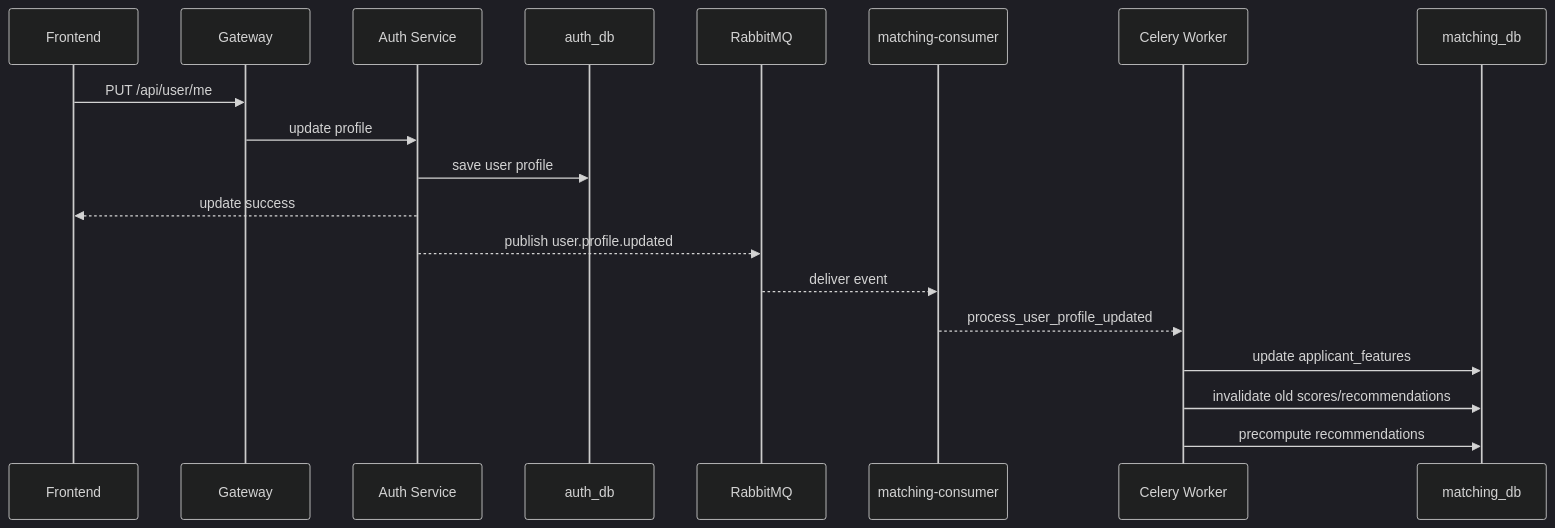
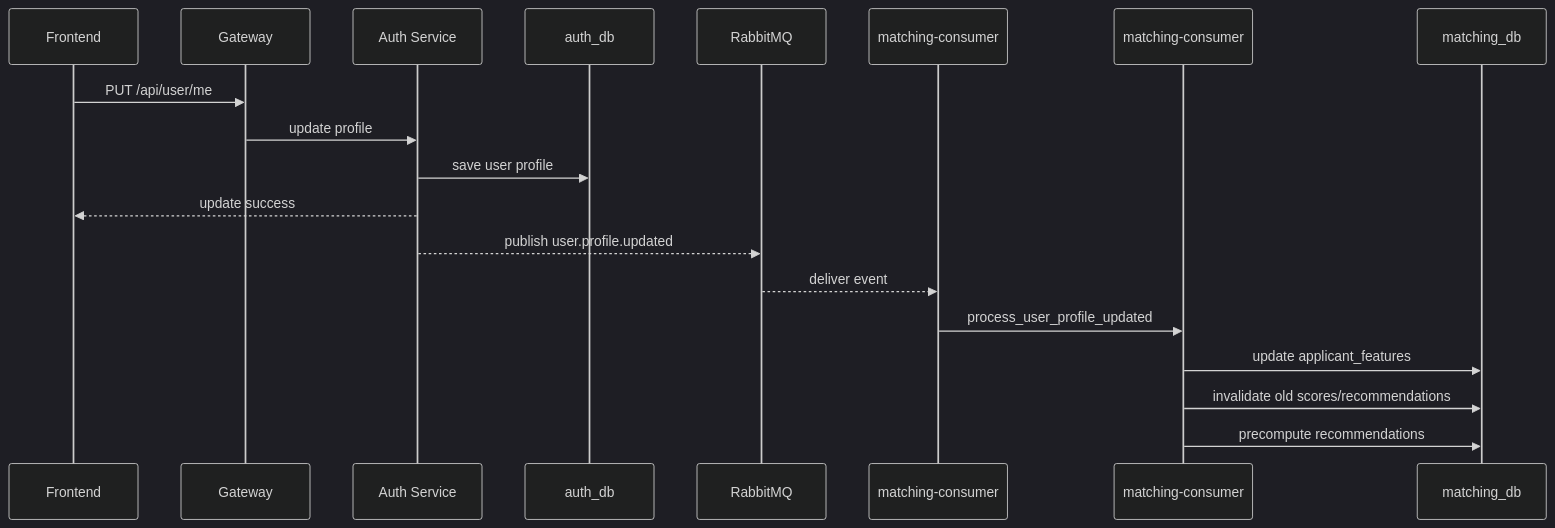
Before and after one commit to hunter875/edumatch-production: the third of 11 diagrams in docs/06-data-flow.md, drawn with Mermaid (dark theme). The commit also changed other lines of this file and 10 other files, not shown here.

Commit message:
docs: clarify rabbitmq matching worker

````diff
--- a/docs/06-data-flow.md
+++ b/docs/06-data-flow.md
@@ -73,23 +72,23 @@
 ```mermaid
 sequenceDiagram
   participant FE as Frontend
   participant GW as Gateway
   participant AUTH as Auth Service
   participant AuthDB as auth_db
   participant MQ as RabbitMQ
   participant MC as matching-consumer
-  participant W as Celery Worker
+  participant W as matching-consumer
   participant MDB as matching_db
 
   FE->>GW: PUT /api/user/me
   GW->>AUTH: update profile
   AUTH->>AuthDB: save user profile
   AUTH-->>FE: update success
   AUTH-->>MQ: publish user.profile.updated
 
   MQ-->>MC: deliver event
-  MC-->>W: process_user_profile_updated
+  MC->>W: process_user_profile_updated
   W->>MDB: update applicant_features
   W->>MDB: invalidate old scores/recommendations
   W->>MDB: precompute recommendations
 ```
````
